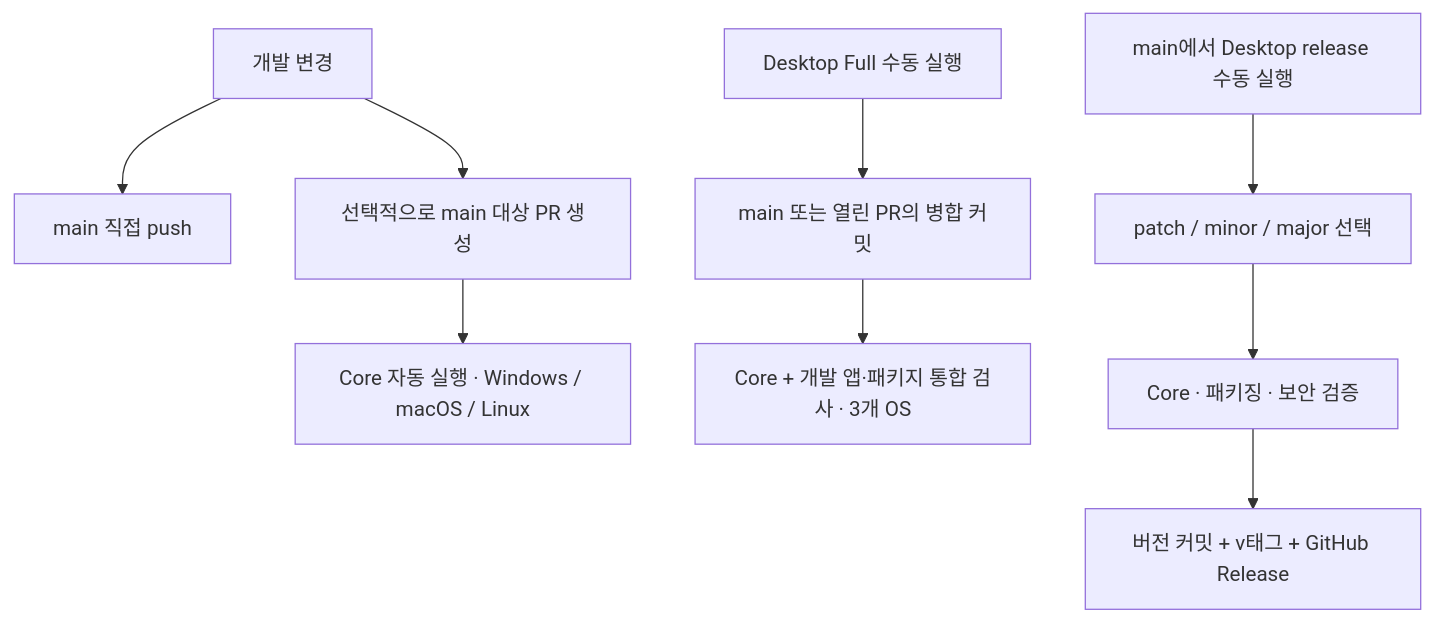
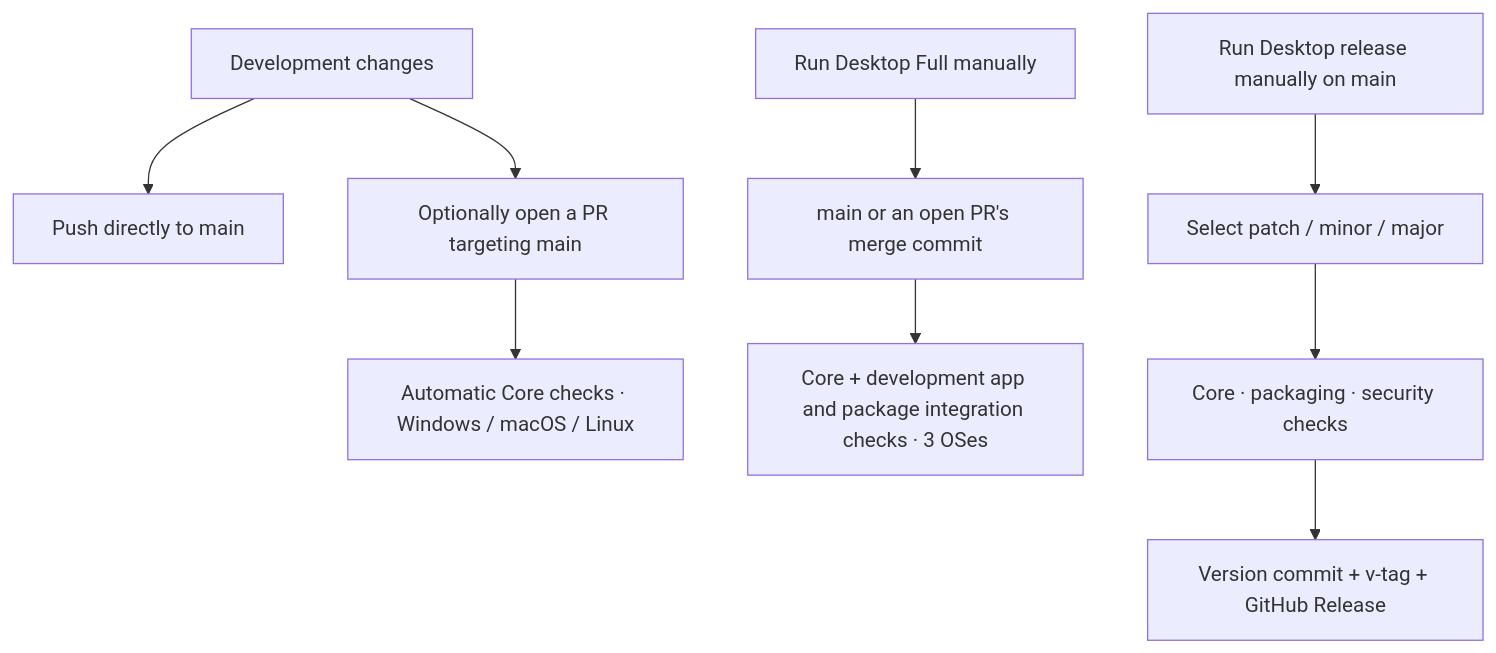
Before and after one commit to comnori/metis: the diagram in doc/diagrams/git-policy.mmd, drawn with Mermaid. The commit also changed 50 other files, not shown here.

```diff
--- a/doc/diagrams/git-policy.mmd
+++ b/doc/diagrams/git-policy.mmd
@@ -1,9 +1,9 @@
 flowchart TD
-    Change["개발 변경"] --> Main["main 직접 push"]
-    Change --> PR["선택적으로 main 대상 PR 생성"]
-    PR --> Core["Core 자동 실행 · Windows / macOS / Linux"]
-    Manual["Desktop Full 수동 실행"] --> Target["main 또는 열린 PR의 병합 커밋"]
-    Target --> Full["Core + 개발 앱·패키지 통합 검사 · 3개 OS"]
-    Release["main에서 Desktop release 수동 실행"] --> Bump["patch / minor / major 선택"]
-    Bump --> Verify["Core · 패키징 · 보안 검증"]
-    Verify --> Publish["버전 커밋 + v태그 + GitHub Release"]
+    Change["Development changes"] --> Main["Push directly to main"]
+    Change --> PR["Optionally open a PR targeting main"]
+    PR --> Core["Automatic Core checks · Windows / macOS / Linux"]
+    Manual["Run Desktop Full manually"] --> Target["main or an open PR's merge commit"]
+    Target --> Full["Core + development app and package integration checks · 3 OSes"]
+    Release["Run Desktop release manually on main"] --> Bump["Select patch / minor / major"]
+    Bump --> Verify["Core · packaging · security checks"]
+    Verify --> Publish["Version commit + v-tag + GitHub Release"]
```
